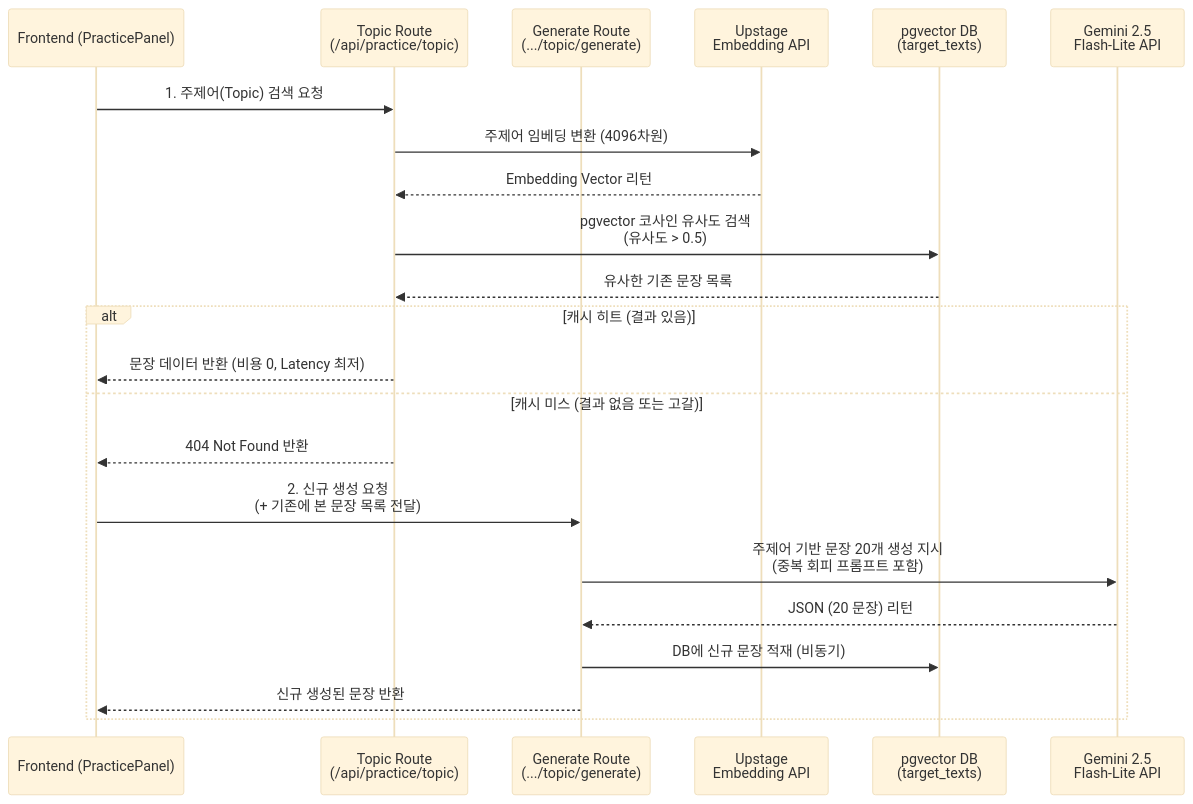
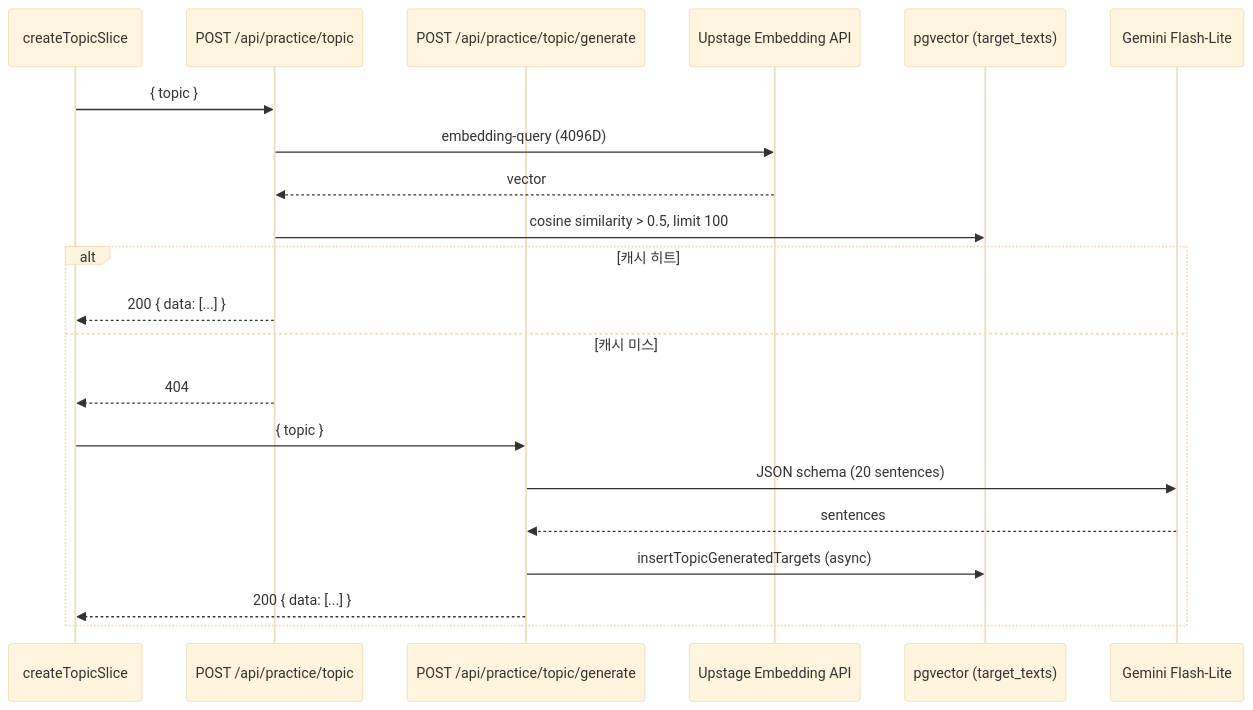
One commit to JSkutor/typediag changed the diagram in docs/TOPIC_MODE.md. Above: the diagram before and after it, drawn with Mermaid (base theme). The commit also changed other lines of this file and 8 other files, not shown here.

First line of the commit message:
docs: add API/AUTH specs and sync Topic Mode documentation

````diff
--- a/docs/TOPIC_MODE.md
+++ b/docs/TOPIC_MODE.md
@@ -13,26 +16,25 @@
 ```mermaid
 sequenceDiagram
-    participant Client as Frontend (PracticePanel)
-    participant SearchAPI as Topic Route<br>(/api/practice/topic)
-    participant GenAPI as Generate Route<br>(.../topic/generate)
-    participant Upstage as Upstage<br>Embedding API
-    participant DB as pgvector DB<br>(target_texts)
-    participant Gemini as Gemini 2.5<br>Flash-Lite API
+    participant Client as createTopicSlice
+    participant SearchAPI as POST /api/practice/topic
+    participant GenAPI as POST /api/practice/topic/generate
+    participant Upstage as Upstage Embedding API
+    participant DB as pgvector (target_texts)
+    participant Gemini as Gemini Flash-Lite
 
-    Client->>SearchAPI: 1. 주제어(Topic) 검색 요청
-    SearchAPI->>Upstage: 주제어 임베딩 변환 (4096차원)
-    Upstage-->>SearchAPI: Embedding Vector 리턴
-    SearchAPI->>DB: pgvector 코사인 유사도 검색<br>(유사도 > 0.5)
-    DB-->>SearchAPI: 유사한 기존 문장 목록
-    
-    alt 캐시 히트 (결과 있음)
-        SearchAPI-->>Client: 문장 데이터 반환 (비용 0, Latency 최저)
-    else 캐시 미스 (결과 없음 또는 고갈)
-        SearchAPI-->>Client: 404 Not Found 반환
-        Client->>GenAPI: 2. 신규 생성 요청<br>(+ 기존에 본 문장 목록 전달)
-        GenAPI->>Gemini: 주제어 기반 문장 20개 생성 지시<br>(중복 회피 프롬프트 포함)
-        Gemini-->>GenAPI: JSON (20 문장) 리턴
-        GenAPI->>DB: DB에 신규 문장 적재 (비동기)
-        GenAPI-->>Client: 신규 생성된 문장 반환
+    Client->>SearchAPI: { topic }
+    SearchAPI->>Upstage: embedding-query (4096D)
+    Upstage-->>SearchAPI: vector
+    SearchAPI->>DB: cosine similarity > 0.5, limit 100
+
+    alt 캐시 히트
+        SearchAPI-->>Client: 200 { data: [...] }
+    else 캐시 미스
+        SearchAPI-->>Client: 404
+        Client->>GenAPI: { topic }
+        GenAPI->>Gemini: JSON schema (20 sentences)
+        Gemini-->>GenAPI: sentences
+        GenAPI->>DB: insertTopicGeneratedTargets (async)
+        GenAPI-->>Client: 200 { data: [...] }
     end
 ```
````
